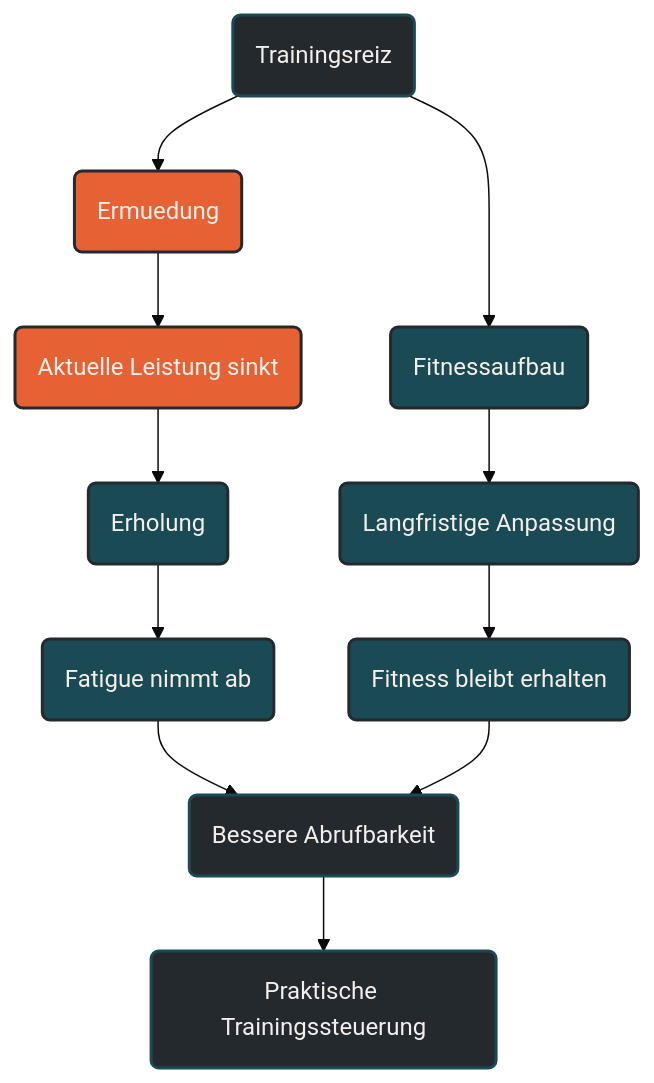
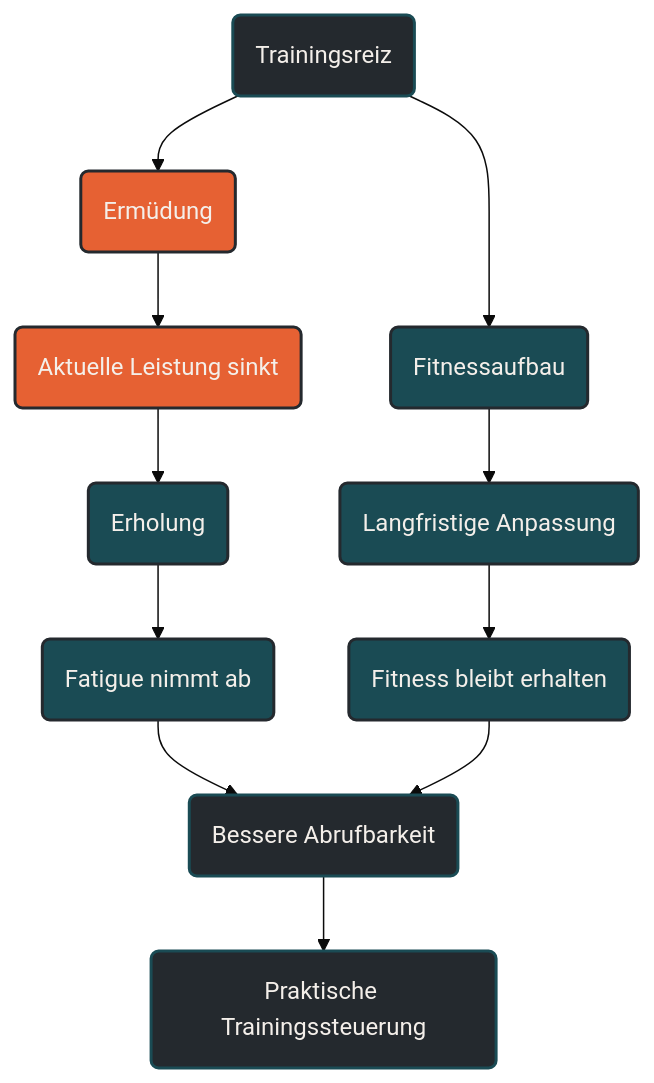
Before and after one commit to Quixos40K/ausdauersport-typemill: the diagram in content/00-ausdauersport/00-trainingswissenschaft/00-trainingsprinzipien/00-superkompensation.md, drawn with Mermaid (base theme). The commit also changed other lines of this file, not shown here.

````diff
--- a/content/00-ausdauersport/00-trainingswissenschaft/00-trainingsprinzipien/00-superkompensation.md
+++ b/content/00-ausdauersport/00-trainingswissenschaft/00-trainingsprinzipien/00-superkompensation.md
@@ -77,29 +75,29 @@
 ```mermaid
 graph TD
-    A(Trainingsreiz) --> B(Ermuedung)
+    A(Trainingsreiz) --> B(Ermüdung)
     A --> C(Fitnessaufbau)
     B --> D(Aktuelle Leistung sinkt)
     C --> E(Langfristige Anpassung)
     D --> F(Erholung)
     F --> G(Fatigue nimmt ab)
     E --> H(Fitness bleibt erhalten)
     G --> I(Bessere Abrufbarkeit)
     H --> I
     I --> J(Praktische Trainingssteuerung)
 
     classDef default fill:#F4EFEA,stroke:#1A4B54,stroke-width:2px,color:#24292E;
     classDef primary fill:#1A4B54,stroke:#24292E,stroke-width:2px,color:#F4EFEA;
     classDef highlight fill:#E66133,stroke:#24292E,stroke-width:2px,color:#F4EFEA;
     classDef dark fill:#24292E,stroke:#1A4B54,stroke-width:2px,color:#F4EFEA;
 
     class A dark;
     class B highlight;
     class D highlight;
     class C primary;
     class E primary;
     class F primary;
     class G primary;
     class H primary;
     class I dark;
     class J dark;
 ```
````
